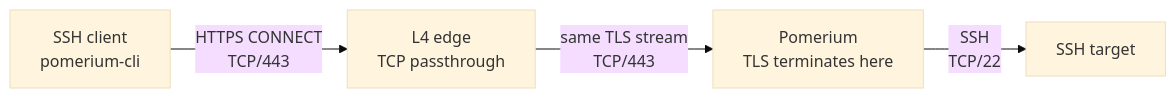
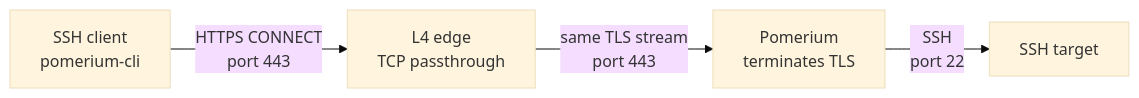
Before and after one commit to pomerium/documentation: the diagram in content/docs/guides/ssh-tcp-l4-passthrough.mdx, drawn with Mermaid (base theme). The commit also changed other lines of this file and 10 other files, not shown here.

First line of the commit message:
docs: address SSH port 443 guide review

````diff
--- a/content/docs/guides/ssh-tcp-l4-passthrough.mdx
+++ b/content/docs/guides/ssh-tcp-l4-passthrough.mdx
@@ -31,6 +35,6 @@
 ```mermaid
 flowchart LR
-  C[SSH client<br/>pomerium-cli] -->|HTTPS CONNECT<br/>TCP/443| E[L4 edge<br/>TCP passthrough]
-  E -->|same TLS stream<br/>TCP/443| P[Pomerium<br/>TLS terminates here]
-  P -->|SSH<br/>TCP/22| S[SSH target]
+  C[SSH client<br/>pomerium-cli] -->|HTTPS CONNECT<br/>port 443| E[L4 edge<br/>TCP passthrough]
+  E -->|same TLS stream<br/>port 443| P[Pomerium<br/>terminates TLS]
+  P -->|SSH<br/>port 22| S[SSH target]
 ```
````
